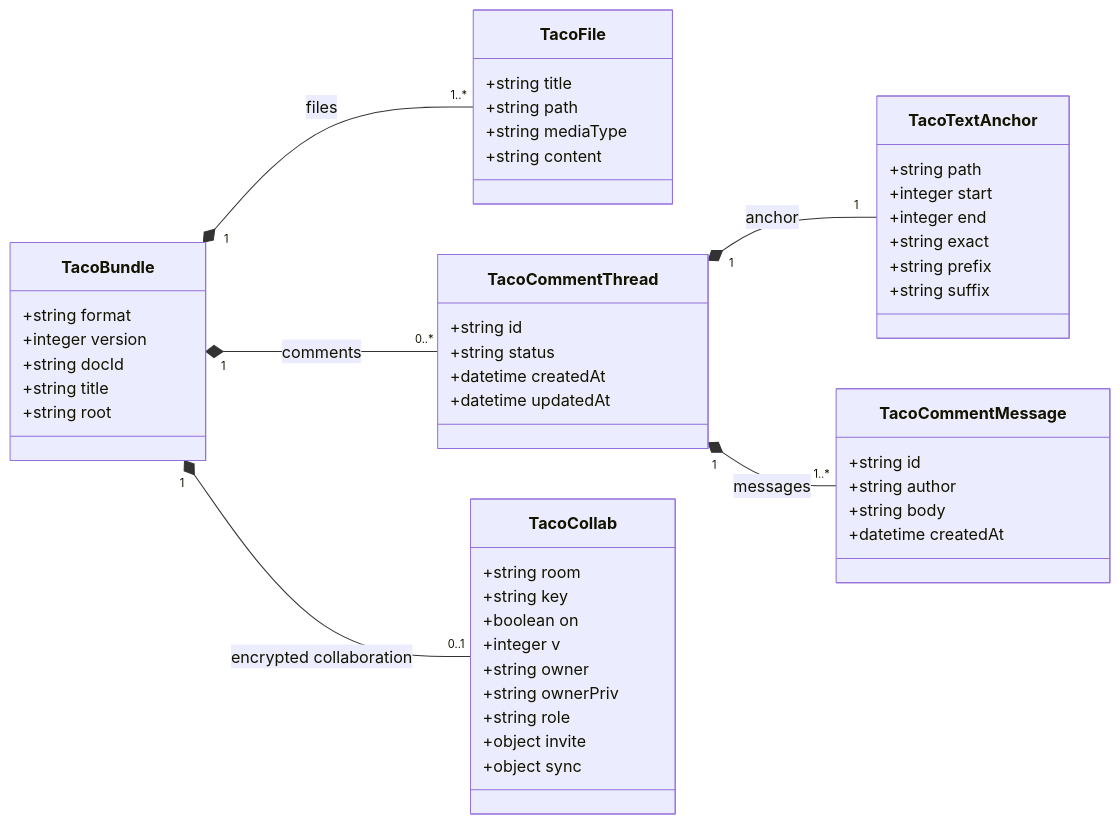
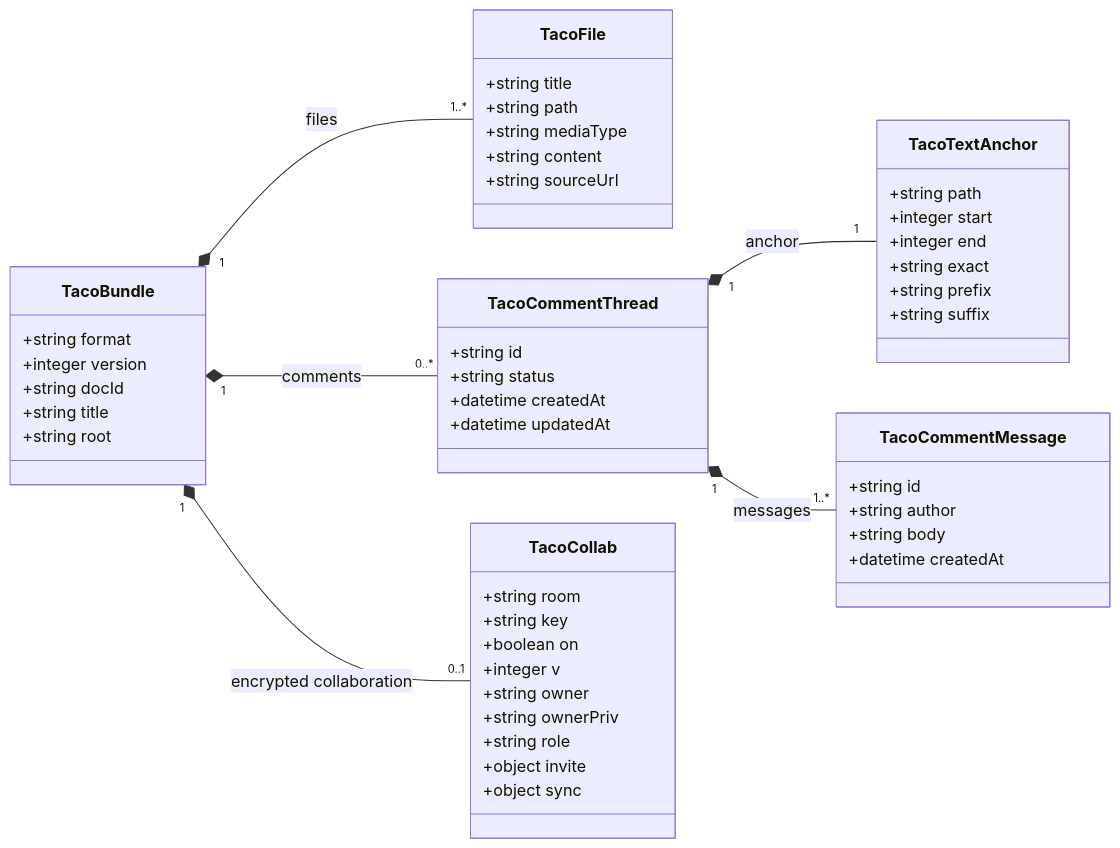
Before and after one commit to Arcadia822/taco: the diagram in specs/001-taco-bento-product/data-model.md, drawn with Mermaid. The commit also changed other lines of this file and 57 other files, not shown here.

````diff
--- a/specs/001-taco-bento-product/data-model.md
+++ b/specs/001-taco-bento-product/data-model.md
@@ -5,60 +9,61 @@
 ```mermaid
 classDiagram
   direction LR
 
   class TacoBundle {
     +string format
     +integer version
     +string docId
     +string title
     +string root
   }
 
   class TacoFile {
     +string title
     +string path
     +string mediaType
     +string content
+    +string sourceUrl
   }
 
   class TacoCommentThread {
     +string id
     +string status
     +datetime createdAt
     +datetime updatedAt
   }
 
   class TacoTextAnchor {
     +string path
     +integer start
     +integer end
     +string exact
     +string prefix
     +string suffix
   }
 
   class TacoCommentMessage {
     +string id
     +string author
     +string body
     +datetime createdAt
   }
 
   class TacoCollab {
     +string room
     +string key
     +boolean on
     +integer v
     +string owner
     +string ownerPriv
     +string role
     +object invite
     +object sync
   }
 
   TacoBundle "1" *-- "1..*" TacoFile : files
   TacoBundle "1" *-- "0..*" TacoCommentThread : comments
   TacoBundle "1" *-- "0..1" TacoCollab : encrypted collaboration
   TacoCommentThread "1" *-- "1" TacoTextAnchor : anchor
   TacoCommentThread "1" *-- "1..*" TacoCommentMessage : messages
 ```
````
